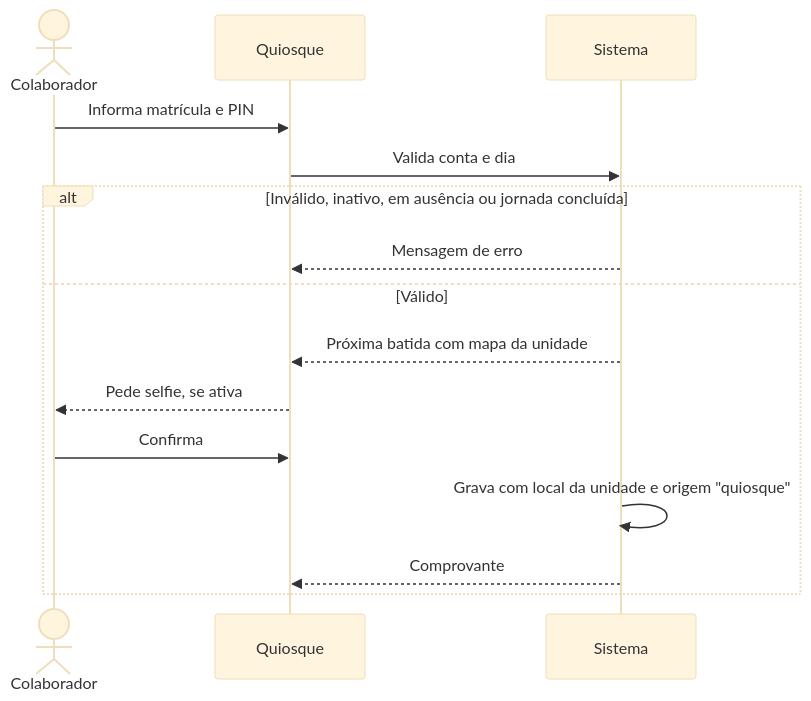
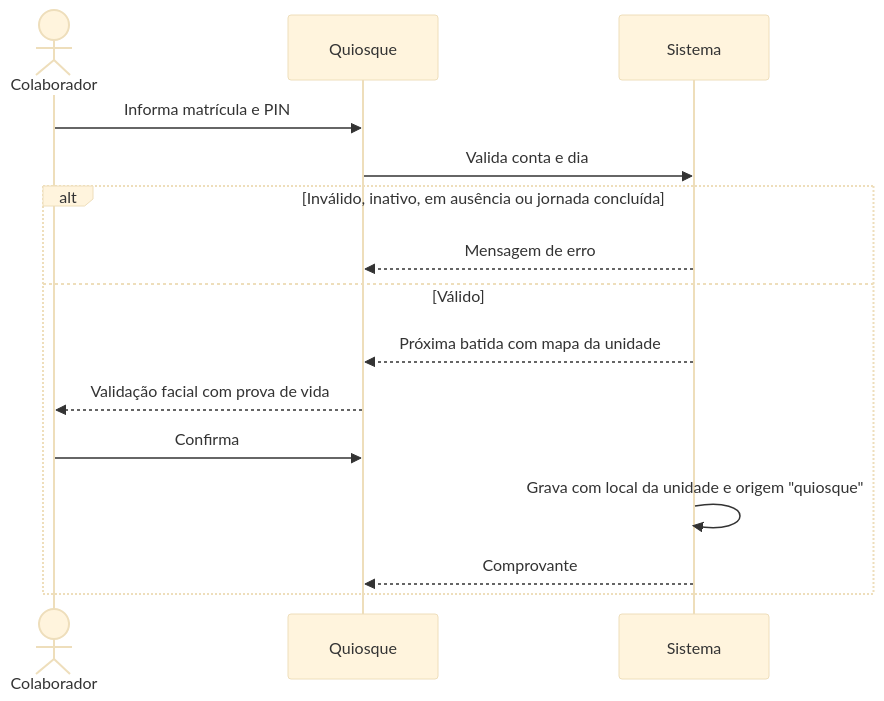
Before and after one commit to GuedesIgor/AxSys-IT: the fifth of 10 diagrams in docs/06-fluxos.md, drawn with Mermaid (base theme). The commit also changed other lines of this file and 12 other files, not shown here.

First line of the commit message:
Validação facial com prova de vida obrigatória na batida e cadastro facial obrigatório no cadastro de usuário

````diff
--- a/docs/06-fluxos.md
+++ b/docs/06-fluxos.md
@@ -75,17 +79,17 @@
 ```mermaid
 sequenceDiagram
     actor C as Colaborador
     participant K as Quiosque
     participant S as Sistema
     C->>K: Informa matrícula e PIN
     K->>S: Valida conta e dia
     alt Inválido, inativo, em ausência ou jornada concluída
         S-->>K: Mensagem de erro
     else Válido
         S-->>K: Próxima batida com mapa da unidade
-        K-->>C: Pede selfie, se ativa
+        K-->>C: Validação facial com prova de vida
         C->>K: Confirma
         S->>S: Grava com local da unidade e origem "quiosque"
         S-->>K: Comprovante
     end
 ```
````
